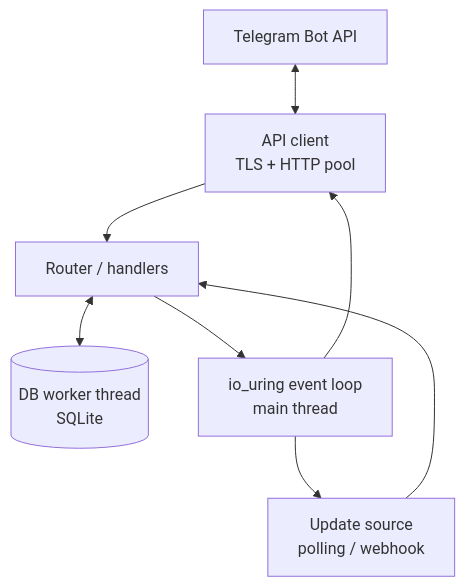
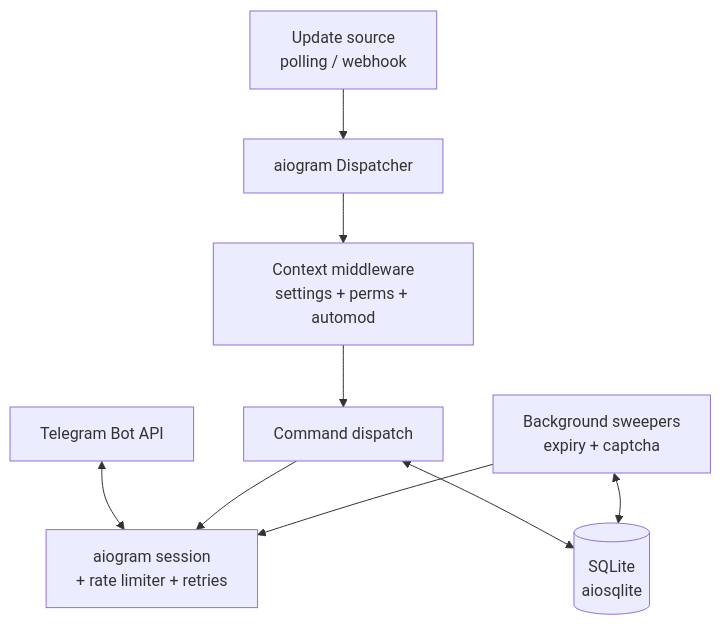
Before and after one commit to cuwayo/nacho-moderation: the first of 2 diagrams in docs/architecture.md, drawn with Mermaid. The commit also changed other lines of this file and 295 other files, not shown here.

First line of the commit message:
feat: rewrite the bot in Python with uv and aiogram

````diff
--- a/docs/architecture.md
+++ b/docs/architecture.md
@@ -82,10 +9,11 @@
 ```mermaid
 flowchart TD
-    TG[Telegram Bot API] <--> API[API client\nTLS + HTTP pool]
-    UPD[Update source\npolling / webhook] --> ROUTER[Router / handlers]
-    API --> ROUTER
-    ROUTER <--> DB[(DB worker thread\nSQLite)]
-    ROUTER --> LOOP[io_uring event loop\nmain thread]
-    LOOP --> API
-    LOOP --> UPD
+    TG[Telegram Bot API] <--> SESSION[aiogram session\n+ rate limiter + retries]
+    UPD[Update source\npolling / webhook] --> DP[aiogram Dispatcher]
+    DP --> MW[Context middleware\nsettings + perms + automod]
+    MW --> ROUTER[Command dispatch]
+    ROUTER <--> DB[(SQLite\naiosqlite)]
+    ROUTER --> SESSION
+    SWEEP[Background sweepers\nexpiry + captcha] --> SESSION
+    SWEEP <--> DB
 ```
````
